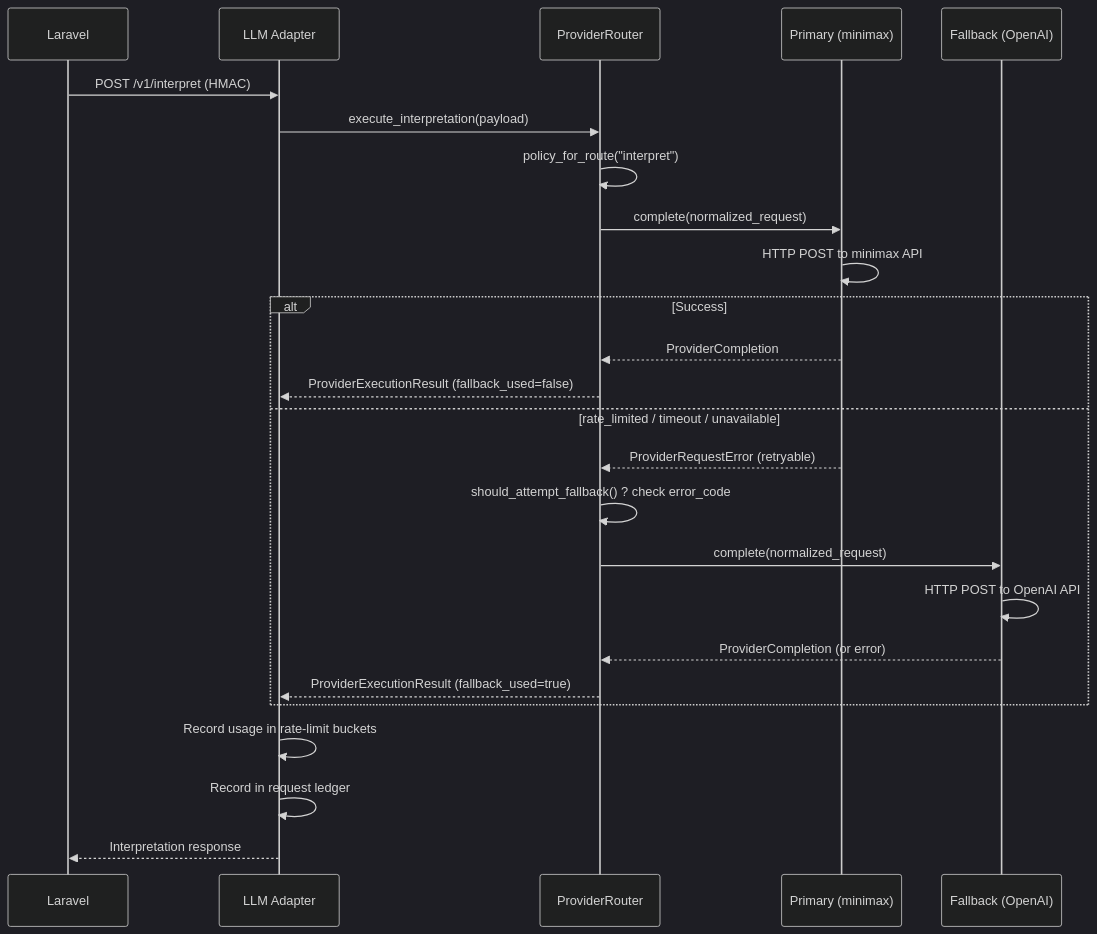
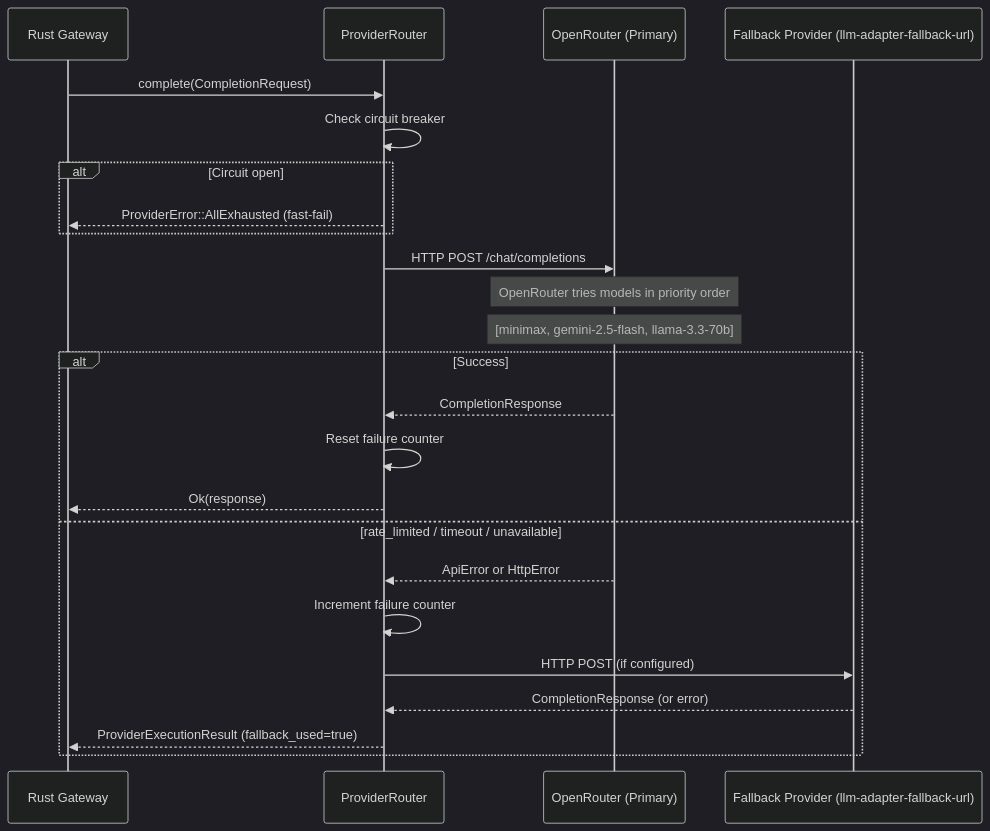
The third of 5 diagrams in INTEGRATION_MAPPING.md (akmalhasan19/klass-mobile), drawn with Mermaid (dark theme) before and after one commit. The commit also changed other lines of this file and 10 other files, not shown here.

````diff
--- a/INTEGRATION_MAPPING.md
+++ b/INTEGRATION_MAPPING.md
@@ -177,30 +245,30 @@
 ```mermaid
 sequenceDiagram
-    participant Laravel
-    participant Adapter as LLM Adapter
+    participant Gateway as Rust Gateway
     participant Router as ProviderRouter
-    participant Primary as Primary (minimax)
-    participant Fallback as Fallback (OpenAI)
+    participant OR as OpenRouter (Primary)
+    participant Fallback as Fallback Provider (llm-adapter-fallback-url)
 
-    Laravel->>Adapter: POST /v1/interpret (HMAC)
-    Adapter->>Router: execute_interpretation(payload)
-    Router->>Router: policy_for_route("interpret")
-    Router->>Primary: complete(normalized_request)
+    Gateway->>Router: complete(CompletionRequest)
 
-    Primary->>Primary: HTTP POST to minimax API
-    alt Success
-        Primary-->>Router: ProviderCompletion
-        Router-->>Adapter: ProviderExecutionResult (fallback_used=false)
-    else rate_limited / timeout / unavailable
-        Primary-->>Router: ProviderRequestError (retryable)
-        Router->>Router: should_attempt_fallback() ? check error_code
-        Router->>Fallback: complete(normalized_request)
-        Fallback->>Fallback: HTTP POST to OpenAI API
-        Fallback-->>Router: ProviderCompletion (or error)
-        Router-->>Adapter: ProviderExecutionResult (fallback_used=true)
+    Router->>Router: Check circuit breaker
+    alt Circuit open
+        Router-->>Gateway: ProviderError::AllExhausted (fast-fail)
     end
 
-    Adapter->>Adapter: Record usage in rate-limit buckets
-    Adapter->>Adapter: Record in request ledger
-    Adapter-->>Laravel: Interpretation response
+    Router->>OR: HTTP POST /chat/completions
+    Note over OR: OpenRouter tries models in priority order
+    Note over OR: [minimax, gemini-2.5-flash, llama-3.3-70b]
+
+    alt Success
+        OR-->>Router: CompletionResponse
+        Router->>Router: Reset failure counter
+        Router-->>Gateway: Ok(response)
+    else rate_limited / timeout / unavailable
+        OR-->>Router: ApiError or HttpError
+        Router->>Router: Increment failure counter
+        Router->>Fallback: HTTP POST (if configured)
+        Fallback-->>Router: CompletionResponse (or error)
+        Router-->>Gateway: ProviderExecutionResult (fallback_used=true)
+    end
 ```
````
